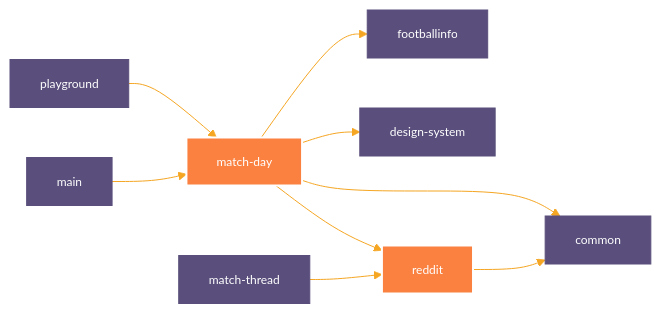
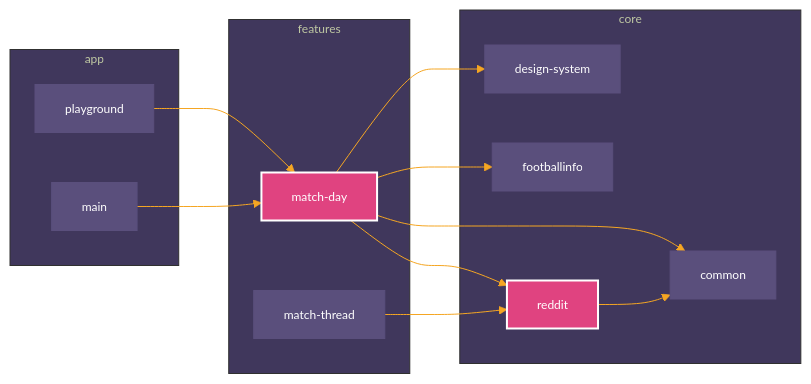
One commit to iurysza/module-graph changed the third of 3 diagrams in README.md. Above: the diagram before and after it, drawn with Mermaid. The commit also changed other lines of this file, not shown here.

Commit message:
Update README graphs

````diff
--- a/README.md
+++ b/README.md
@@ -316,24 +324,36 @@
 ```mermaid
 %%{
   init: {
     'theme': 'base',
 	'themeVariables': {"primaryTextColor":"#fff","primaryColor":"#5a4f7c","primaryBorderColor":"#5a4f7c","lineColor":"#f5a623","tertiaryColor":"#40375c","fontSize":"12px"}
   }
 }%%
 
 graph LR
+subgraph app
+main
+playground
+end
+subgraph core
+common
+design-system
+footballinfo
+reddit
+end
+subgraph features
+match-day
+match-thread
+end
+match-day --> common
+match-day --> footballinfo
+match-day --> design-system
+match-day --> reddit
+match-thread --> reddit
+playground --> match-day
+reddit --> common
+main --> match-day
 
-    match-day --> common
-    match-day --> footballinfo
-    match-day --> design-system
-    match-day --> reddit
-    match-thread --> reddit
-    playground --> match-day
-    reddit --> common
-    main --> match-day
-
-    classDef focus fill:#FA8140,stroke:#fff,stroke-width:2px,color:#fff;
-    class match-day focus
-    class reddit focus
-
+classDef focus fill:#E04380,stroke:#fff,stroke-width:2px,color:#fff;
+class match-day focus
+class reddit focus
 ```
````
